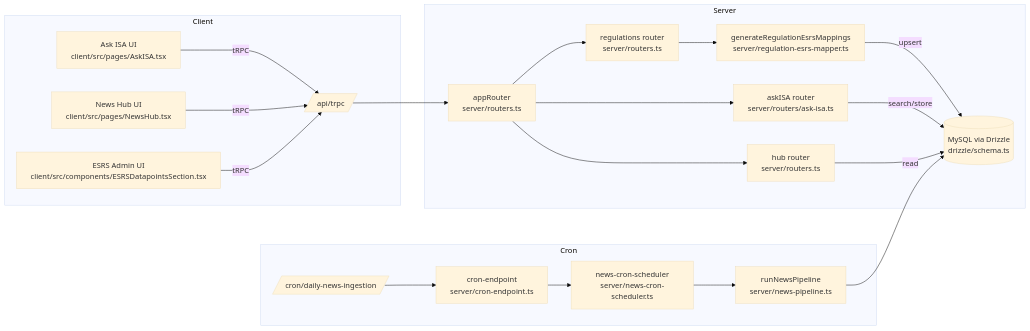
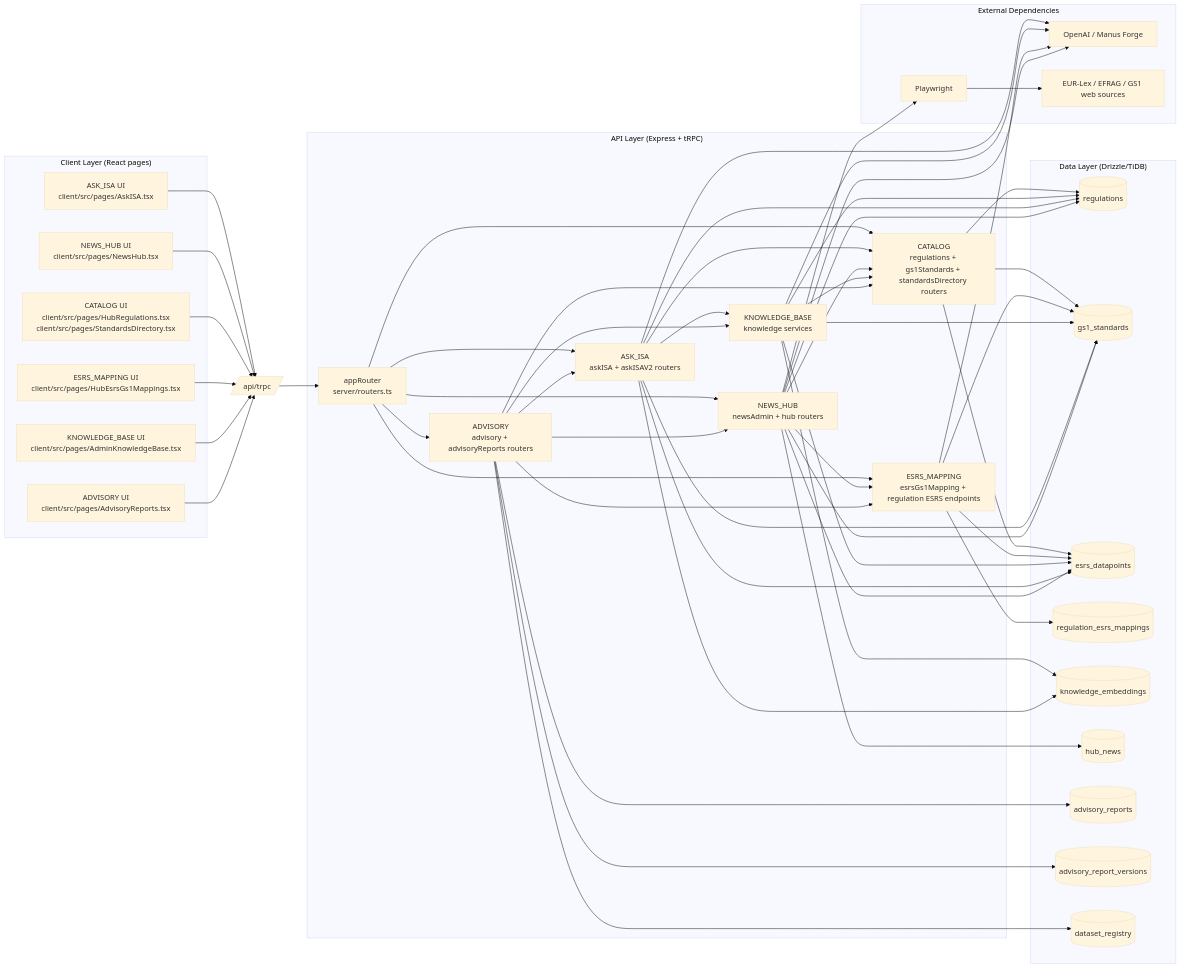
One commit to GS1Ned/isa_web_clean changed the diagram in docs/evidence/EXEC_GRAPH.mmd. Above: the diagram before and after it, drawn with Mermaid (base theme). The commit also changed 4 other files, not shown here.

Commit message:
docs(architecture): enforce SSOT current/target contract and canonical references

```diff
--- a/docs/evidence/EXEC_GRAPH.mmd
+++ b/docs/evidence/EXEC_GRAPH.mmd
@@ -1,24 +1,113 @@
+%% ISA As-Built Dependency Graph (2026-02-19)
+%% Source anchors:
+%% - server/routers.ts
+%% - server/routers/ask-isa.ts
+%% - server/routers/ask-isa-v2.ts
+%% - server/news-admin-router.ts
+%% - server/routers/hub.ts
+%% - server/routers/regulations.ts
+%% - server/gs1-standards-router.ts
+%% - server/routers/standards-directory.ts
+%% - server/routers/esrs-gs1-mapping.ts
+%% - server/db-knowledge.ts
+%% - server/db-knowledge-vector.ts
+%% - server/routers/advisory.ts
+%% - server/routers/advisory-reports.ts
+%% - drizzle/schema.ts
+
 flowchart LR
-  subgraph Client
-    A[Ask ISA UI\nclient/src/pages/AskISA.tsx] -->|tRPC| T[/api/trpc/]
-    N[News Hub UI\nclient/src/pages/NewsHub.tsx] -->|tRPC| T
-    E[ESRS Admin UI\nclient/src/components/ESRSDatapointsSection.tsx] -->|tRPC| T
+  subgraph Client["Client Layer (React pages)"]
+    C_ASK[ASK_ISA UI\nclient/src/pages/AskISA.tsx]
+    C_NEWS[NEWS_HUB UI\nclient/src/pages/NewsHub.tsx]
+    C_CAT[CATALOG UI\nclient/src/pages/HubRegulations.tsx\nclient/src/pages/StandardsDirectory.tsx]
+    C_MAP[ESRS_MAPPING UI\nclient/src/pages/HubEsrsGs1Mappings.tsx]
+    C_KB[KNOWLEDGE_BASE UI\nclient/src/pages/AdminKnowledgeBase.tsx]
+    C_ADV[ADVISORY UI\nclient/src/pages/AdvisoryReports.tsx]
   end
 
-  subgraph Server
-    T --> R[appRouter\nserver/routers.ts]
-    R --> ASK[askISA router\nserver/routers/ask-isa.ts]
-    R --> HUB[hub router\nserver/routers.ts]
-    R --> REG[regulations router\nserver/routers.ts]
-    REG --> MAP[generateRegulationEsrsMappings\nserver/regulation-esrs-mapper.ts]
-    MAP -->|upsert| DB[(MySQL via Drizzle\ndrizzle/schema.ts)]
-    ASK -->|search/store| DB
-    HUB -->|read| DB
+  C_ASK --> TRPC[/api/trpc/]
+  C_NEWS --> TRPC
+  C_CAT --> TRPC
+  C_MAP --> TRPC
+  C_KB --> TRPC
+  C_ADV --> TRPC
+
+  subgraph API["API Layer (Express + tRPC)"]
+    APP[appRouter\nserver/routers.ts]
+    ASK[ASK_ISA\naskISA + askISAV2 routers]
+    NEWS[NEWS_HUB\nnewsAdmin + hub routers]
+    CAT[CATALOG\nregulations + gs1Standards + standardsDirectory routers]
+    MAP[ESRS_MAPPING\nesrsGs1Mapping + regulation ESRS endpoints]
+    KB[KNOWLEDGE_BASE\nknowledge services]
+    ADV[ADVISORY\nadvisory + advisoryReports routers]
   end
 
-  subgraph Cron
-    C1[/cron/daily-news-ingestion/] --> CE[cron-endpoint\nserver/cron-endpoint.ts]
-    CE --> SCH[news-cron-scheduler\nserver/news-cron-scheduler.ts]
-    SCH --> PIPE[runNewsPipeline\nserver/news-pipeline.ts]
-    PIPE --> DB
+  TRPC --> APP
+  APP --> ASK
+  APP --> NEWS
+  APP --> CAT
+  APP --> MAP
+  APP --> ADV
+
+  ASK --> KB
+  ASK --> CAT
+  NEWS --> CAT
+  NEWS --> MAP
+  KB --> CAT
+  ADV --> ASK
+  ADV --> NEWS
+  ADV --> KB
+  ADV --> CAT
+  ADV --> MAP
+
+  subgraph Data["Data Layer (Drizzle/TiDB)"]
+    T_REG[(regulations)]
+    T_STD[(gs1_standards)]
+    T_ESRS[(esrs_datapoints)]
+    T_MAP[(regulation_esrs_mappings)]
+    T_KE[(knowledge_embeddings)]
+    T_NEWS[(hub_news)]
+    T_ADV[(advisory_reports)]
+    T_ADVV[(advisory_report_versions)]
+    T_DS[(dataset_registry)]
   end
+
+  CAT --> T_REG
+  CAT --> T_STD
+  CAT --> T_ESRS
+
+  MAP --> T_ESRS
+  MAP --> T_STD
+  MAP --> T_MAP
+
+  KB --> T_KE
+  KB --> T_REG
+  KB --> T_STD
+  KB --> T_ESRS
+
+  ASK --> T_KE
+  ASK --> T_REG
+  ASK --> T_STD
+  ASK --> T_ESRS
+
+  NEWS --> T_NEWS
+  NEWS --> T_REG
+  NEWS --> T_STD
+  NEWS --> T_ESRS
+
+  ADV --> T_ADV
+  ADV --> T_ADVV
+  ADV --> T_DS
+
+  subgraph External["External Dependencies"]
+    X_LLM[OpenAI / Manus Forge]
+    X_PW[Playwright]
+    X_SRC[EUR-Lex / EFRAG / GS1 web sources]
+  end
+
+  ASK --> X_LLM
+  KB --> X_LLM
+  MAP --> X_LLM
+  NEWS --> X_LLM
+  NEWS --> X_PW
+  X_PW --> X_SRC
```
